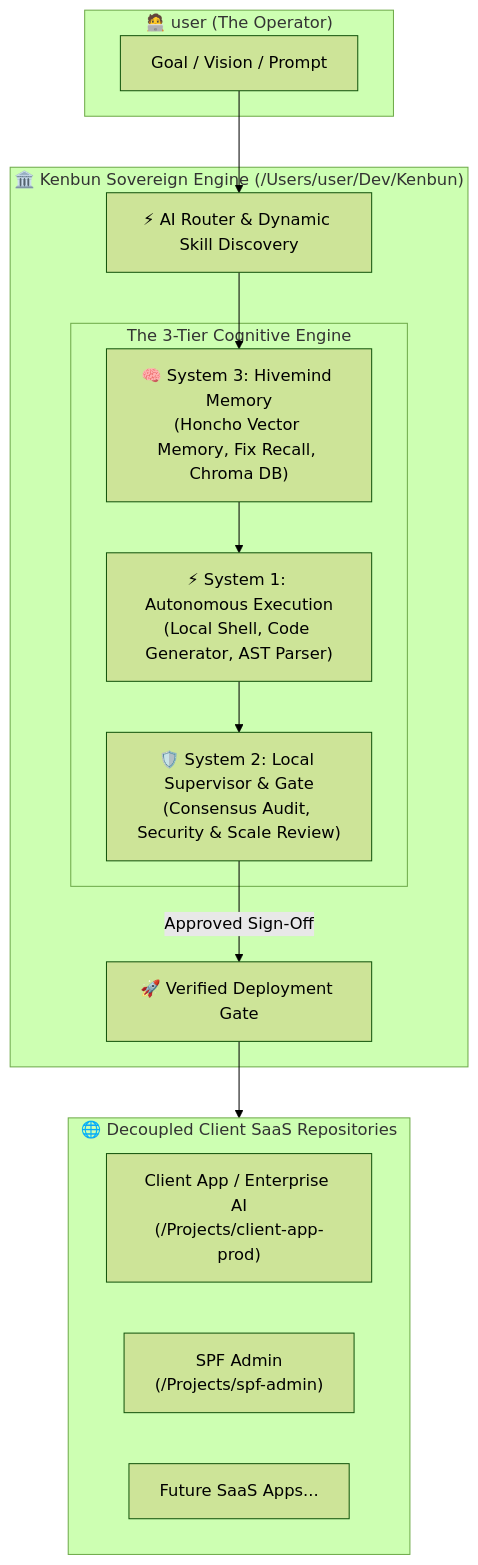
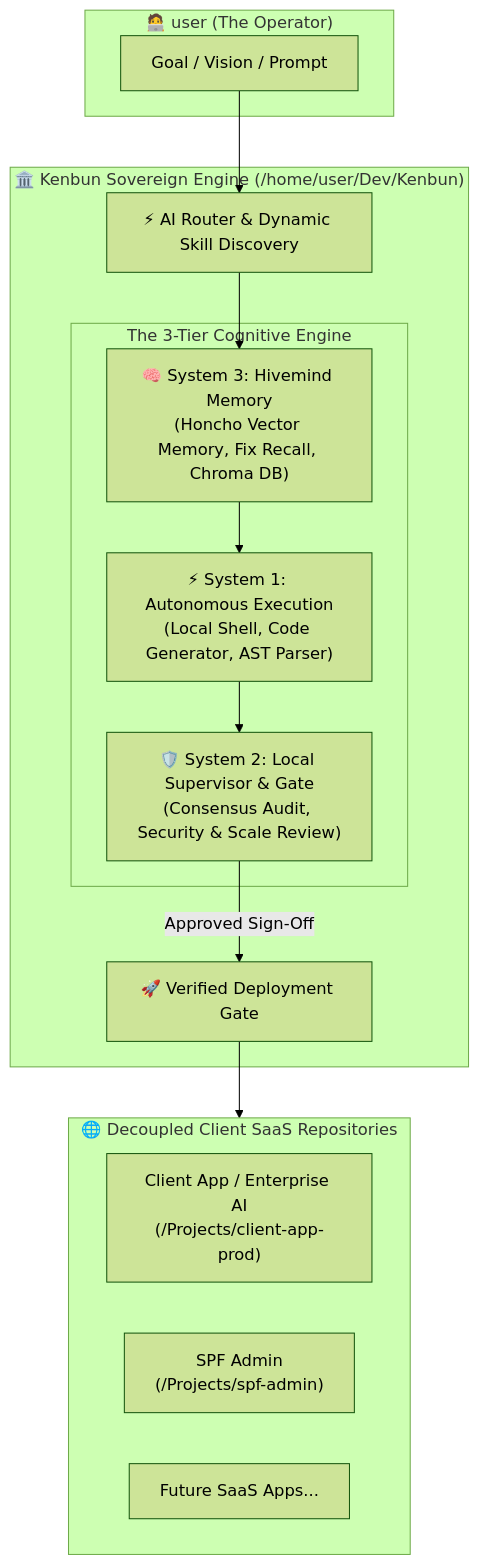
Before and after one commit to Clos01/Kenbun-Orchestrator: the first of 2 diagrams in docs/KENBUN_OPERATOR_MASTERY_GUIDE.md, drawn with Mermaid (forest theme). The commit also changed other lines of this file and 23 other files, not shown here.

````diff
--- a/docs/KENBUN_OPERATOR_MASTERY_GUIDE.md
+++ b/docs/KENBUN_OPERATOR_MASTERY_GUIDE.md
@@ -10,30 +10,30 @@
 ```mermaid
 graph TD
     subgraph user["🧑‍💻 user (The Operator)"]
         Directive["Goal / Vision / Prompt"]
     end
 
-    subgraph KenbunCore["🏛️ Kenbun Sovereign Engine (/Users/user/Dev/Kenbun)"]
+    subgraph KenbunCore["🏛️ Kenbun Sovereign Engine (/home/user/Dev/Kenbun)"]
         Router["⚡ AI Router & Dynamic Skill Discovery"]
         
         subgraph ThreeSystems["The 3-Tier Cognitive Engine"]
             S1["⚡ System 1: Autonomous Execution<br>(Local Shell, Code Generator, AST Parser)"]
             S2["🛡️ System 2: Local Supervisor & Gate<br>(Consensus Audit, Security & Scale Review)"]
             S3["🧠 System 3: Hivemind Memory<br>(Honcho Vector Memory, Fix Recall, Chroma DB)"]
         end
         
         Router --> S3
         S3 --> S1
         S1 --> S2
         S2 -->|Approved Sign-Off| DeployGate["🚀 Verified Deployment Gate"]
     end
 
     subgraph ClientProjects["🌐 Decoupled Client SaaS Repositories"]
         ClientApp["Client App / Enterprise AI<br>(/Projects/client-app-prod)"]
         SPFAdmin["SPF Admin<br>(/Projects/spf-admin)"]
         FutureSaaS["Future SaaS Apps..."]
     end
 
     Directive --> Router
     DeployGate --> ClientProjects
 ```
````
